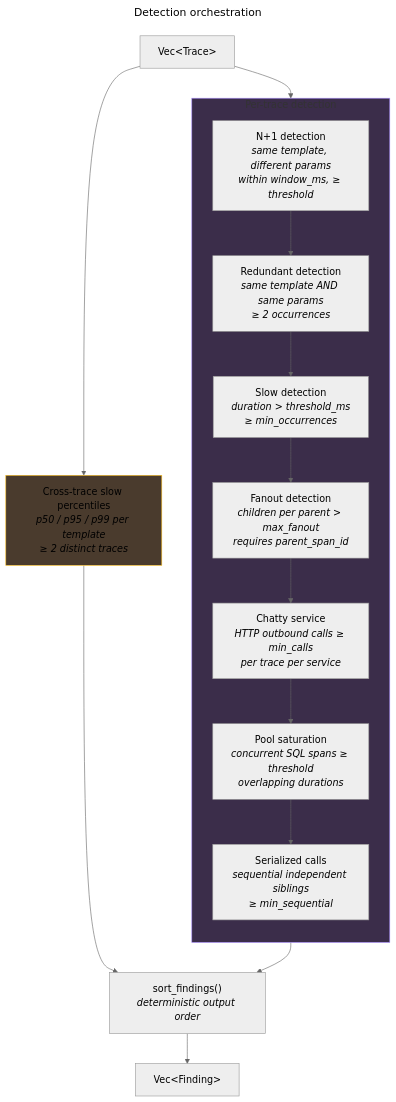
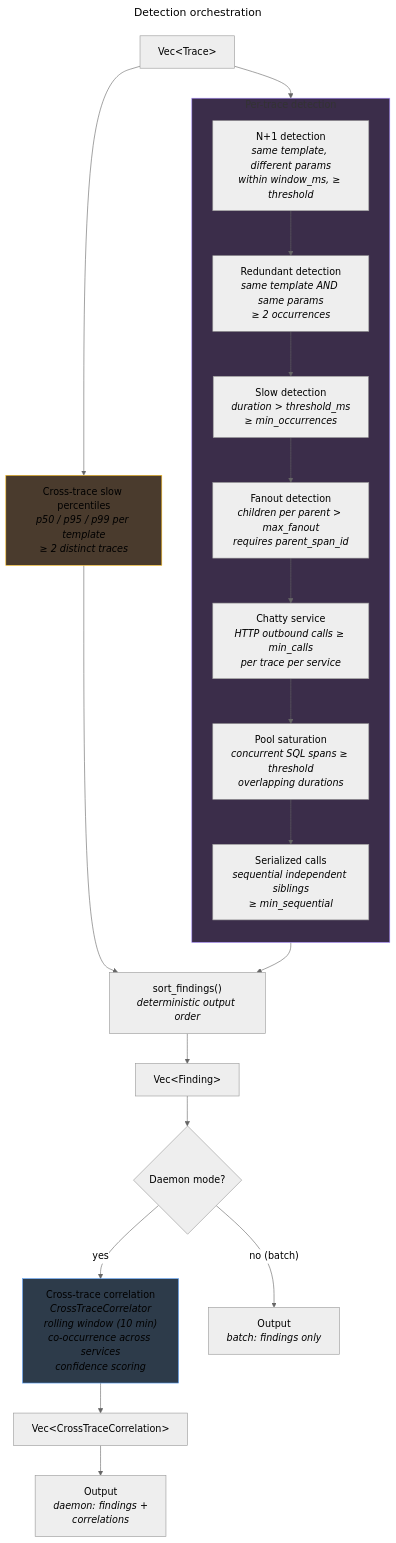
Before and after one commit to robintra/perf-sentinel: the diagram in docs/diagrams/mmd/detection.mmd, drawn with Mermaid (neutral theme). The commit also changed 62 other files, not shown here.

```diff
--- a/docs/diagrams/mmd/detection.mmd
+++ b/docs/diagrams/mmd/detection.mmd
@@ -1,32 +1,48 @@
 ---
 title: Detection orchestration
 ---
 flowchart TD
     traces["Vec&lt;Trace&gt;"]
 
     subgraph pertrace["Per-trace detection"]
         direction TB
         npo["N+1 detection<br/><i>same template, different params<br/>within window_ms, &ge; threshold</i>"]
         red["Redundant detection<br/><i>same template AND same params<br/>&ge; 2 occurrences</i>"]
         slow["Slow detection<br/><i>duration &gt; threshold_ms<br/>&ge; min_occurrences</i>"]
         fan["Fanout detection<br/><i>children per parent &gt; max_fanout<br/>requires parent_span_id</i>"]
         chatty["Chatty service<br/><i>HTTP outbound calls &ge; min_calls<br/>per trace per service</i>"]
         pool["Pool saturation<br/><i>concurrent SQL spans &ge; threshold<br/>overlapping durations</i>"]
         serial["Serialized calls<br/><i>sequential independent siblings<br/>&ge; min_sequential</i>"]
         npo --> red --> slow --> fan --> chatty --> pool --> serial
     end
 
     cross["Cross-trace slow percentiles<br/><i>p50 / p95 / p99 per template<br/>&ge; 2 distinct traces</i>"]
 
     sort["sort_findings()<br/><i>deterministic output order</i>"]
 
     findings["Vec&lt;Finding&gt;"]
 
+    daemon_check{"Daemon mode?"}
+
+    correlate_cross["Cross-trace correlation<br/><i>CrossTraceCorrelator<br/>rolling window (10 min)<br/>co-occurrence across services<br/>confidence scoring</i>"]
+
+    correlations["Vec&lt;CrossTraceCorrelation&gt;"]
+
+    output_batch["Output<br/><i>batch: findings only</i>"]
+    output_daemon["Output<br/><i>daemon: findings +<br/>correlations</i>"]
+
     traces --> pertrace
     traces --> cross
     pertrace --> sort
     cross --> sort
     sort --> findings
 
+    findings --> daemon_check
+    daemon_check -- "yes" --> correlate_cross
+    daemon_check -- "no (batch)" --> output_batch
+    correlate_cross --> correlations
+    correlations --> output_daemon
+
     style pertrace fill:#3b2d4a,stroke:#a78bfa
     style cross fill:#4a3b2d,stroke:#fbbf24
+    style correlate_cross fill:#2d3b4a,stroke:#60a5fa
```
